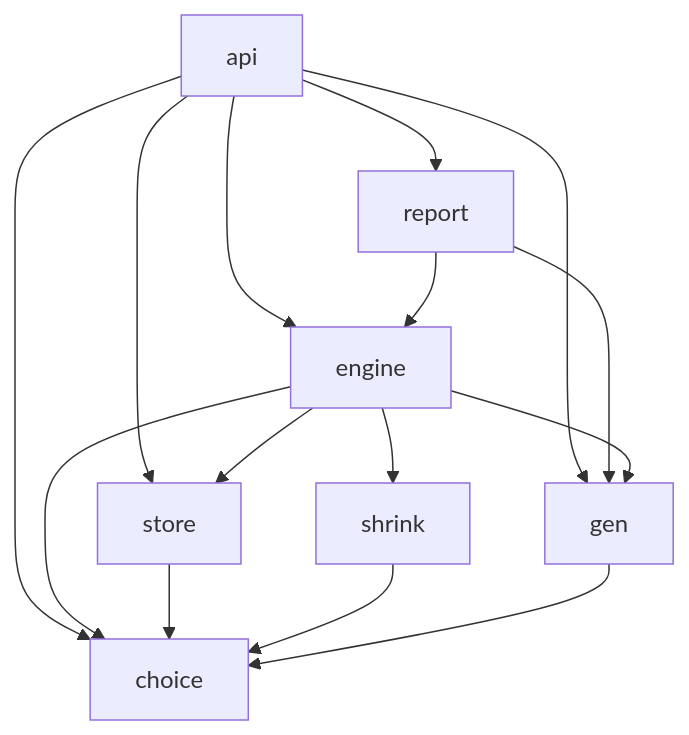
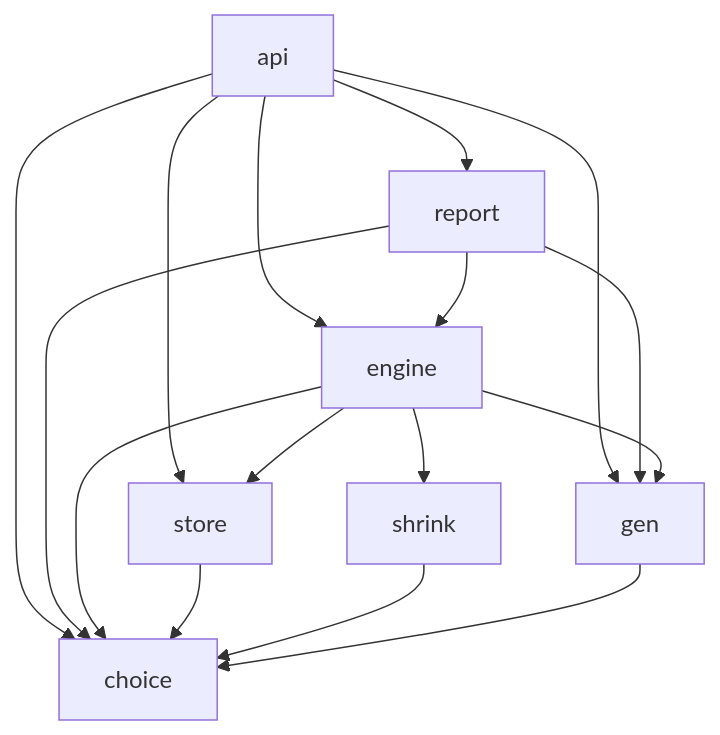
Before and after one commit to lewis-dot-software/grit: the second of 2 diagrams in docs/architecture.md, drawn with Mermaid. The commit also changed other lines of this file and 32 other files, not shown here.

````diff
--- a/docs/architecture.md
+++ b/docs/architecture.md
@@ -149,17 +157,18 @@
 ```mermaid
 flowchart TD
   api["api"] --> report["report"]
   api --> engine["engine"]
   api --> store["store"]
   api --> gen["gen"]
   api --> choice["choice"]
   report --> engine
   report --> gen
+  report --> choice
   engine --> store
   engine --> shrink["shrink"]
   engine --> gen
   engine --> choice
   store --> choice
   shrink --> choice
   gen --> choice
 ```
````
